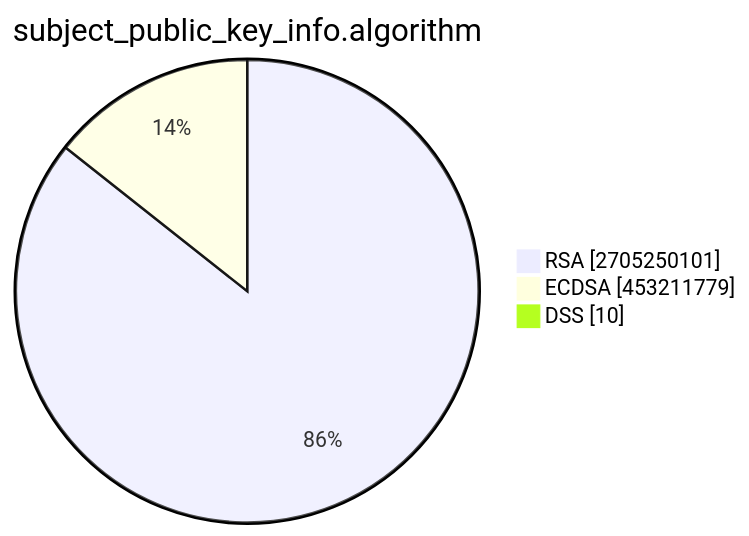
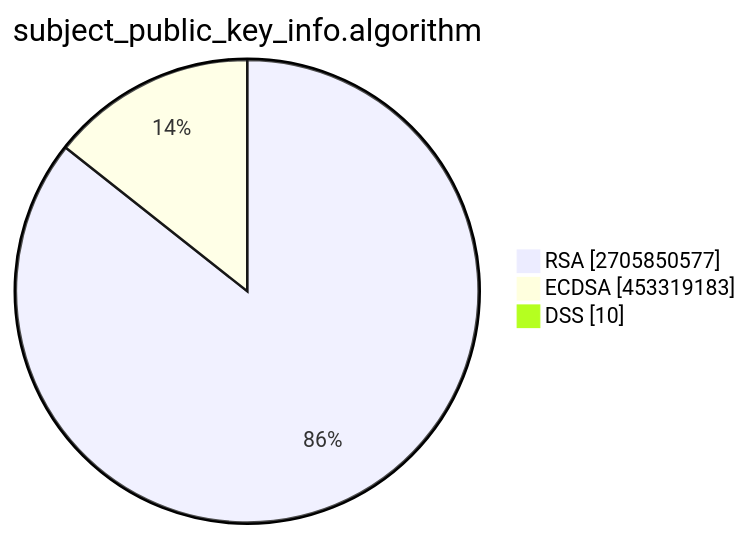
The second of 15 diagrams in TOTAL/README.md (christiankrug/ctmonitor_visualization), drawn with Mermaid before and after one commit. The commit also changed other lines of this file, not shown here.

````diff
--- a/TOTAL/README.md
+++ b/TOTAL/README.md
@@ -6,7 +6,7 @@
 ```mermaid
 pie showData
 title subject_public_key_info.algorithm
-"RSA" :2705250101
-"ECDSA" :453211779
+"RSA" :2705850577
+"ECDSA" :453319183
 "DSS" :10
 ```
````
